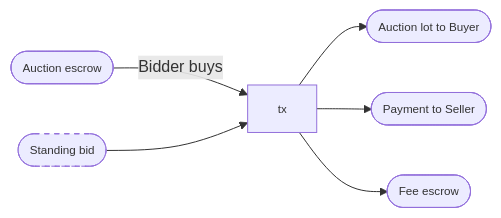
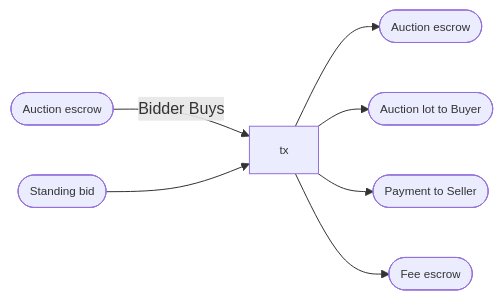
Before and after one commit to mlabs-haskell/hydra-auction: the tenth of 23 diagrams in docs/on_chain_spec.md, drawn with Mermaid. The commit also changed other lines of this file, not shown here.

````diff
--- a/docs/on_chain_spec.md
+++ b/docs/on_chain_spec.md
@@ -369,12 +740,12 @@
 ```mermaid
 flowchart LR
-  input1([Auction escrow]) -- Bidder buys --> tx
-  input2([Standing bid]):::reference --> tx
-  tx --> output1([Auction lot to Buyer])
-  tx --> output2([Payment to Seller])
-  tx --> output3([Fee escrow])
-  tx
+  input1([Auction escrow]) -- Bidder Buys --> tx
+  input2([Standing bid]) --> tx
+  tx --> output1([Auction escrow])
+  tx --> output2([Auction lot to Buyer])
+  tx --> output3([Payment to Seller])
+  tx --> output4([Fee escrow])
 
   classDef default font-size:90%, overflow:visible;
   classDef reference stroke-dasharray: 5 5;
 ```
````
